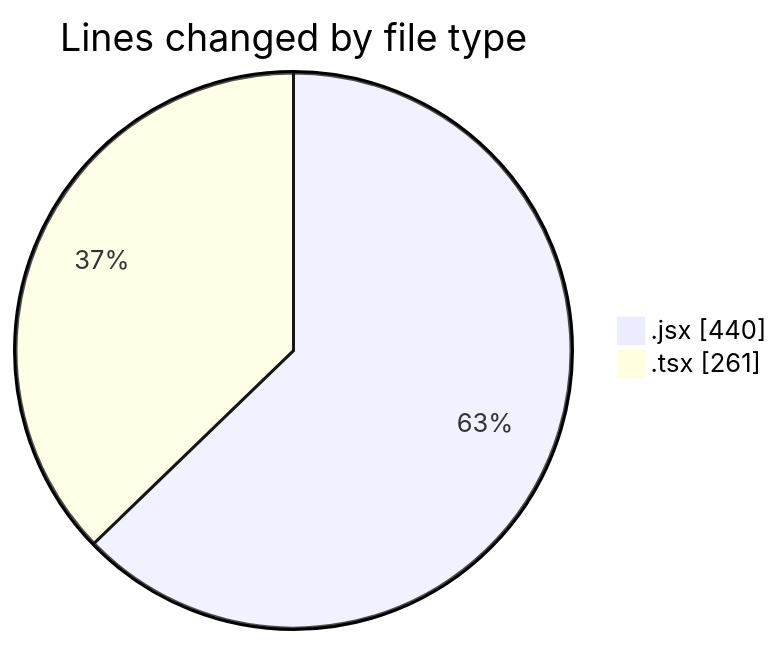
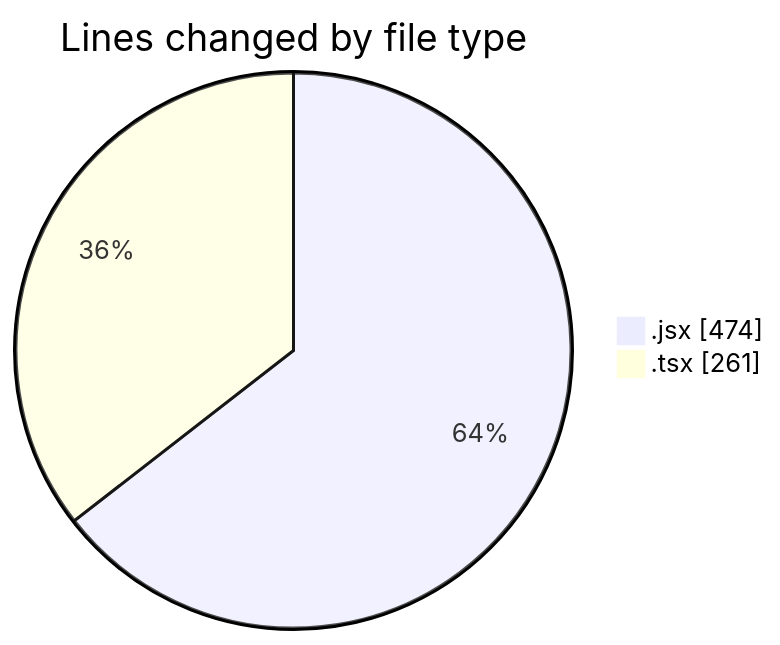
The first of 2 diagrams in 2026-02-11/cda/README.md (momahboobian/code-tracking), drawn with Mermaid before and after one commit. The commit also changed other lines of this file and 1 other file, not shown here.

````diff
--- a/2026-02-11/cda/README.md
+++ b/2026-02-11/cda/README.md
@@ -23,6 +23,6 @@
 ```mermaid
 pie showData
 title Lines changed by file type
-".jsx" : 440
+".jsx" : 474
 ".tsx" : 261
 ```
````
